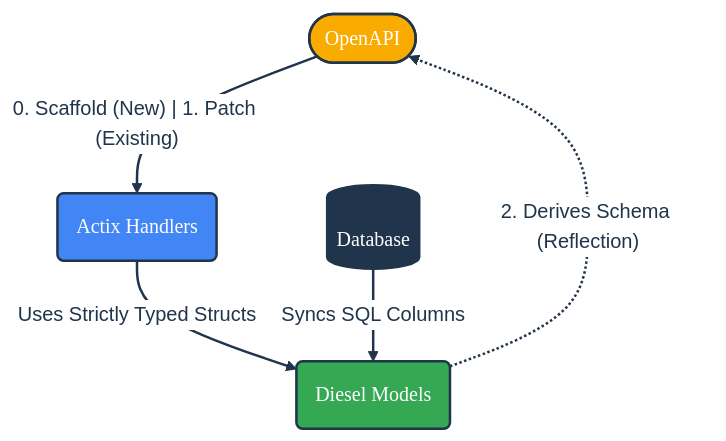
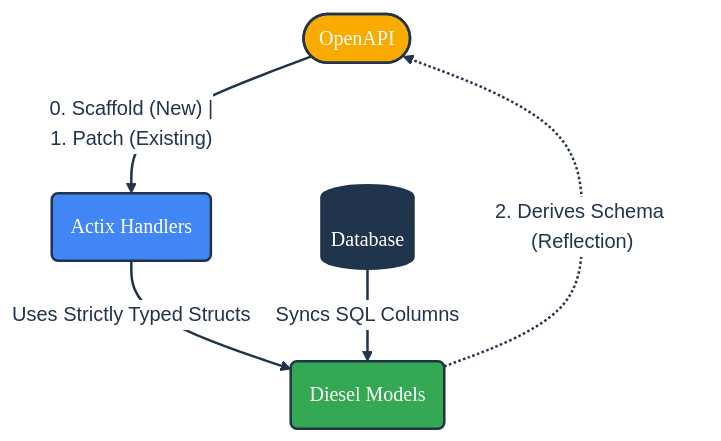
Before and after one commit to offscale/cdd-rust: the diagram in README.md, drawn with Mermaid. The commit also changed 1 other file, not shown here.

Commit message:
[.github/workflows/ci-cargo.yml] Add missing `rustfmt` ; [README.md] Newline break in mermaid

````diff
--- a/README.md
+++ b/README.md
@@ -15,39 +15,39 @@
 ```mermaid
 %%{init: {
   'theme': 'base',
   'themeVariables': {
     'primaryColor': '#ffffff',
     'primaryTextColor': '#20344b',
     'primaryBorderColor': '#20344b',
     'lineColor': '#20344b',
     'fontFamily': 'Google Sans, sans-serif'
   }
 }}%%
 
 graph TD
 %% Nodes
     OpenAPI([OpenAPI]):::yellow
     Handlers(Actix Handlers):::blue
     Models(Diesel Models):::green
     DB[(Database)]:::navy
 
 %% Flow 0 & 1: Downward (Scaffold & Patch)
-    OpenAPI -->|"0. Scaffold (New) | 1. Patch (Existing)"| Handlers
+    OpenAPI -->|"0. Scaffold (New) |<br/> 1. Patch (Existing)"| Handlers
 
 %% Connection
     Handlers -- "Uses Strictly Typed Structs" --> Models
 
 %% Flow 2: Upward (Reflection)
     Models -.->|"2. Derives Schema (Reflection)"| OpenAPI
 
 %% Database Sync
     DB == "Syncs SQL Columns" ==> Models
 
 %% Styles
     classDef yellow fill:#f9ab00,stroke:#20344b,stroke-width:2px,color:#ffffff,font-family:'Google Sans Medium',font-size:16px;
     classDef blue fill:#4285f4,stroke:#20344b,stroke-width:2px,color:#ffffff,font-family:'Google Sans Medium',font-size:16px;
     classDef green fill:#34a853,stroke:#20344b,stroke-width:2px,color:#ffffff,font-family:'Google Sans Medium',font-size:16px;
     classDef navy fill:#20344b,stroke:#20344b,stroke-width:2px,color:#ffffff,font-family:'Google Sans Medium',font-size:16px;
 
     linkStyle default stroke:#20344b,stroke-width:2px;
 ```
````
